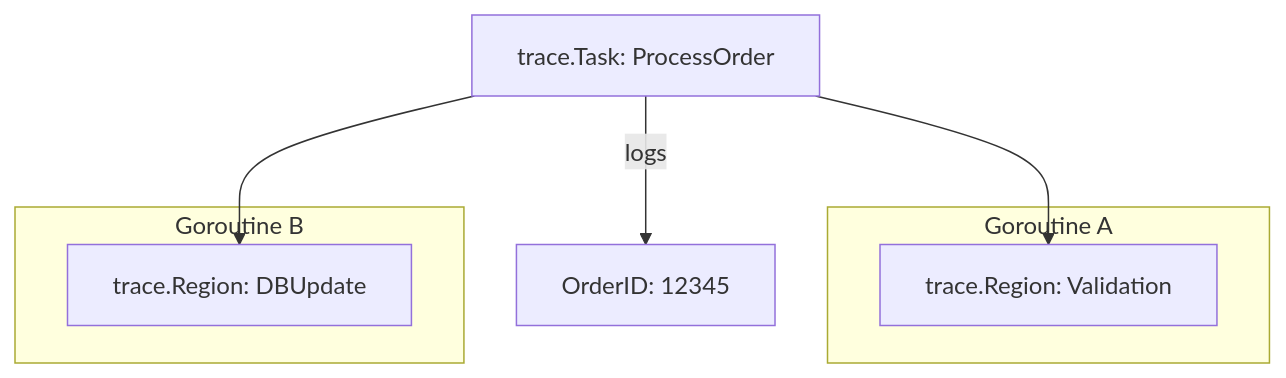
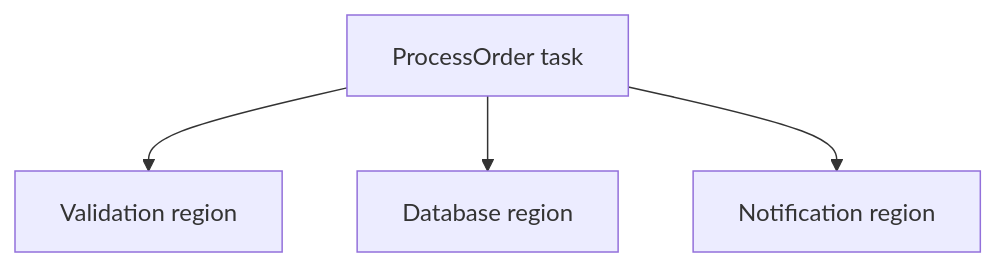
The diagram in RAK-03-evolution/SR-04-observability/BK-02-tracing/CH-02-user-tasks/README.md (syahputrawork98-sketch/Golang-Knowledge-Base), drawn with Mermaid before and after one commit. The commit also changed other lines of this file and 61 other files, not shown here.

````diff
--- a/RAK-03-evolution/SR-04-observability/BK-02-tracing/CH-02-user-tasks/README.md
+++ b/RAK-03-evolution/SR-04-observability/BK-02-tracing/CH-02-user-tasks/README.md
@@ -37,15 +35,6 @@
 ```mermaid
 graph TD
-    T[trace.Task: ProcessOrder] --> R1[trace.Region: Validation]
-    T --> R2[trace.Region: DBUpdate]
-    
-    subgraph "Goroutine A"
-    R1
-    end
-    
-    subgraph "Goroutine B"
-    R2
-    end
-    
-    T -- logs --> Msg[OrderID: 12345]
+    Task[ProcessOrder task] --> Region1[Validation region]
+    Task --> Region2[Database region]
+    Task --> Region3[Notification region]
 ```
````
